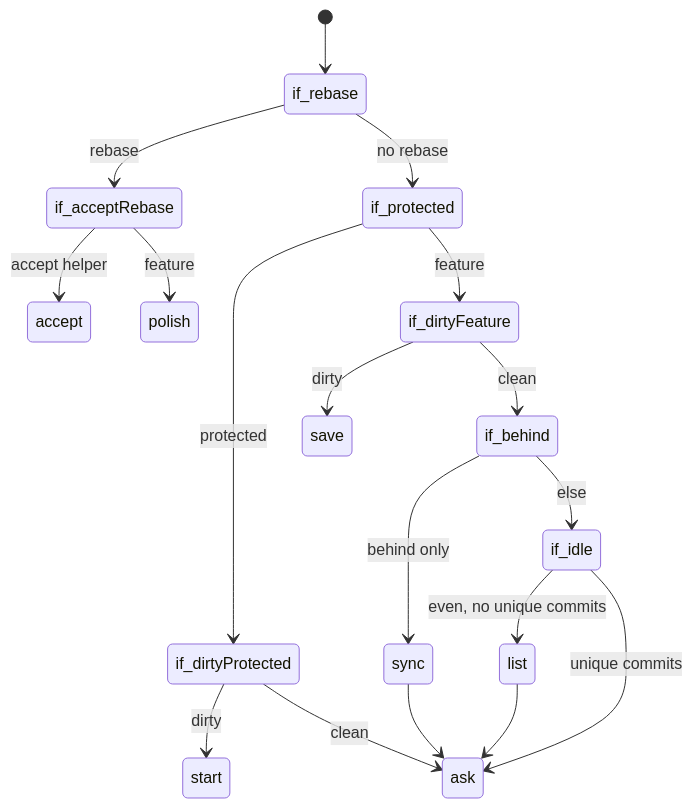
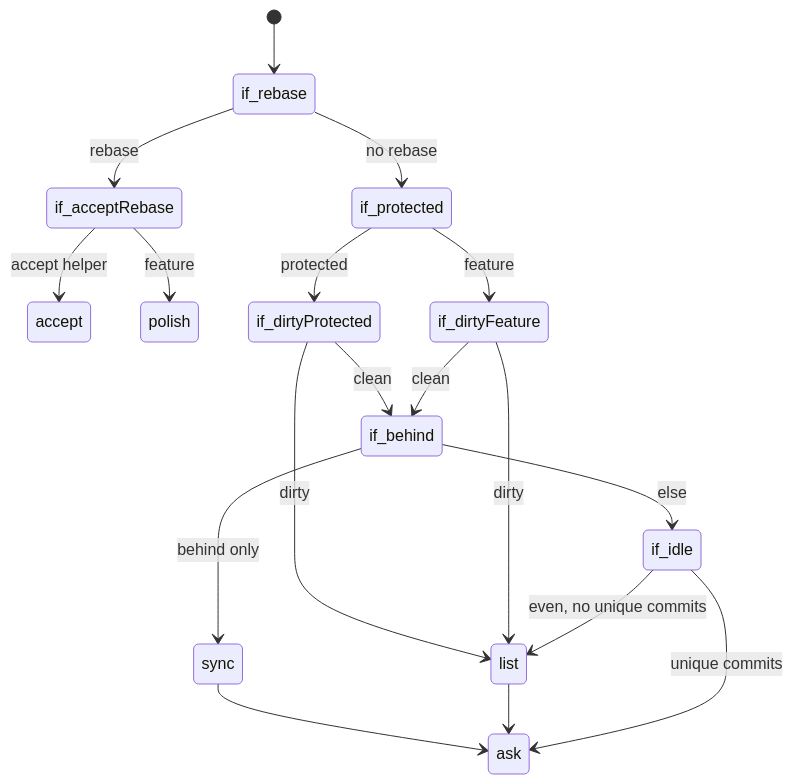
The second of 2 diagrams in docs/08-00-work.md (extsoft/elegant-git), drawn with Mermaid before and after one commit. The commit also changed other lines of this file and 9 other files, not shown here.

````diff
--- a/docs/08-00-work.md
+++ b/docs/08-00-work.md
@@ -62,33 +62,33 @@
 ```mermaid
 stateDiagram-v2
   [*] --> if_rebase
   state if_rebase <<choice>>
   if_rebase --> if_acceptRebase: rebase
   if_rebase --> if_protected: no rebase
 
   state if_acceptRebase <<choice>>
   if_acceptRebase --> accept: accept helper
   if_acceptRebase --> polish: feature
 
   state if_protected <<choice>>
   if_protected --> if_dirtyProtected: protected
   if_protected --> if_dirtyFeature: feature
 
   state if_dirtyProtected <<choice>>
-  if_dirtyProtected --> start: dirty
-  if_dirtyProtected --> ask: clean
+  if_dirtyProtected --> list: dirty
+  if_dirtyProtected --> if_behind: clean
 
   state if_dirtyFeature <<choice>>
-  if_dirtyFeature --> save: dirty
+  if_dirtyFeature --> list: dirty
   if_dirtyFeature --> if_behind: clean
 
   state if_behind <<choice>>
   if_behind --> sync: behind only
   sync --> ask
   if_behind --> if_idle: else
 
   state if_idle <<choice>>
   if_idle --> list: even, no unique commits
   list --> ask
   if_idle --> ask: unique commits
 ```
````
